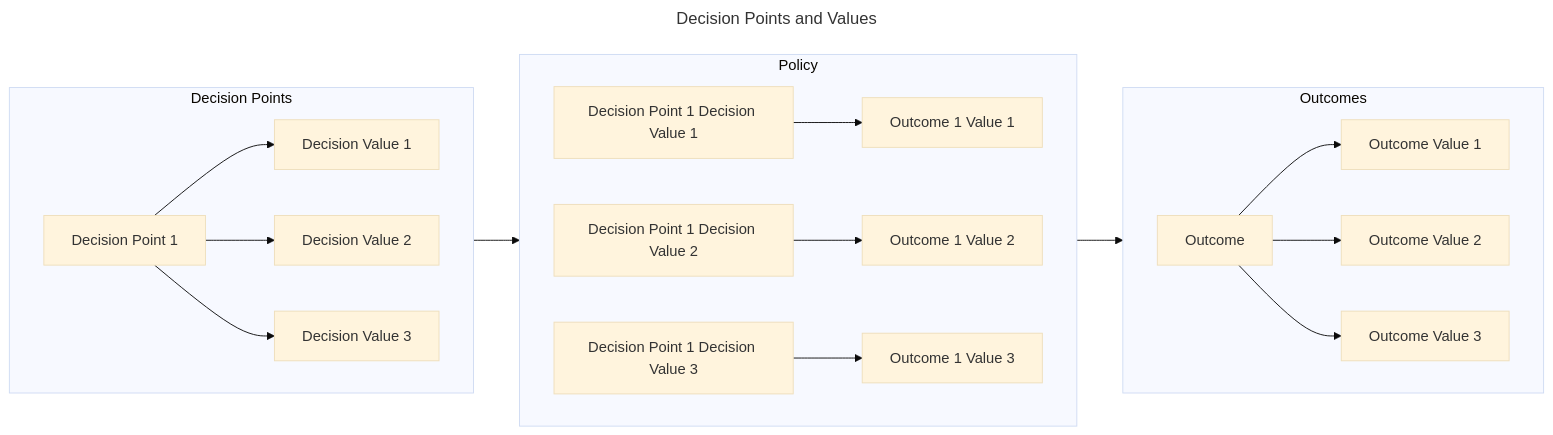
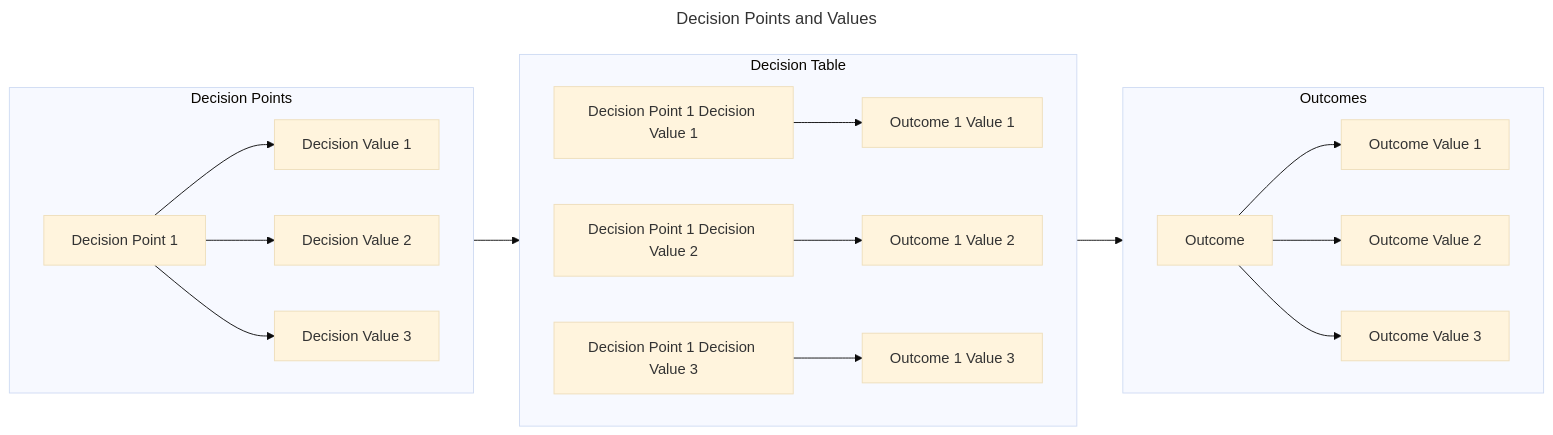
The diagram in docs/topics/index.md (CERTCC/SSVC), drawn with Mermaid (base theme) before and after one commit. The commit also changed other lines of this file and 21 other files, not shown here.

Commit message:
change "policy" to "decision table" in relevant docs

````diff
--- a/docs/topics/index.md
+++ b/docs/topics/index.md
@@ -42,26 +42,26 @@
 ```mermaid
 ---
 title: Decision Points and Values
 ---
 flowchart LR
     subgraph dps [Decision Points]
         direction LR
         dp1[Decision Point 1] --> dv1[Decision Value 1]
         dp1 --> dv2[Decision Value 2]
         dp1 --> dv3[Decision Value 3]
     end
-    subgraph Policy
+    subgraph Policy[Decision Table]
         direction LR
         dp1dv1[Decision Point 1 Decision Value 1] --> o1ov1[Outcome 1 Value 1]
         dp1dv2[Decision Point 1 Decision Value 2] --> o1ov2[Outcome 1 Value 2]
         dp1dv3[Decision Point 1 Decision Value 3] --> o1ov3[Outcome 1 Value 3]
     end
     subgraph Outcomes
         direction LR
         o1[Outcome] --> ov1[Outcome Value 1]
         o1 --> ov2[Outcome Value 2]
         o1 --> ov3[Outcome Value 3]
     end
     dps --> Policy
     Policy --> Outcomes
 ```
````
